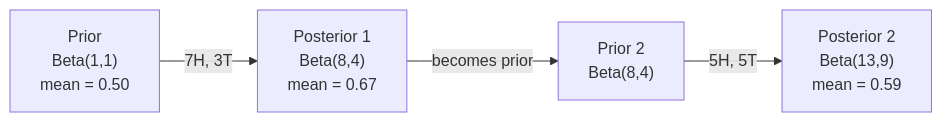
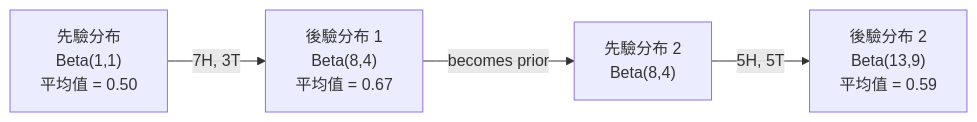
Before and after one commit to edward821220/ai-engineering-from-scratch: the diagram in i18n/zh-TW/phases/01-math-foundations/07-bayes-theorem/docs/zh-TW.md, drawn with Mermaid. The commit also changed 123 other files, not shown here.

````diff
--- a/i18n/zh-TW/phases/01-math-foundations/07-bayes-theorem/docs/zh-TW.md
+++ b/i18n/zh-TW/phases/01-math-foundations/07-bayes-theorem/docs/zh-TW.md
@@ -394,6 +394,6 @@
 ```mermaid
 graph LR
-    A["Prior<br/>Beta(1,1)<br/>mean = 0.50"] -->|"7H, 3T"| B["Posterior 1<br/>Beta(8,4)<br/>mean = 0.67"]
-    B -->|"becomes prior"| C["Prior 2<br/>Beta(8,4)"]
-    C -->|"5H, 5T"| D["Posterior 2<br/>Beta(13,9)<br/>mean = 0.59"]
+    A["先驗分布<br/>Beta(1,1)<br/>平均值 = 0.50"] -->|"7H, 3T"| B["後驗分布 1<br/>Beta(8,4)<br/>平均值 = 0.67"]
+    B -->|"becomes prior"| C["先驗分布 2<br/>Beta(8,4)"]
+    C -->|"5H, 5T"| D["後驗分布 2<br/>Beta(13,9)<br/>平均值 = 0.59"]
 ```
````
